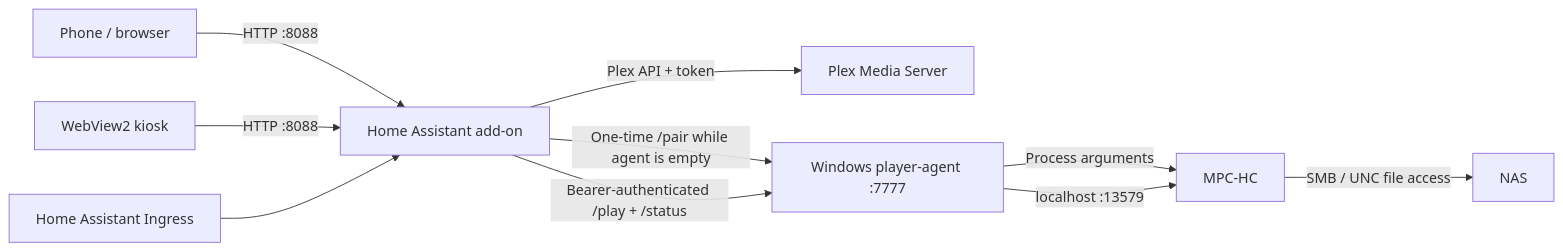
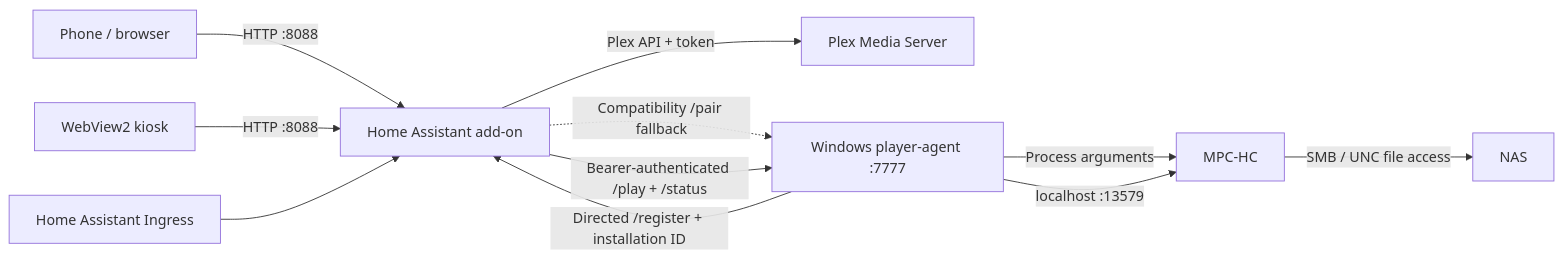
Before and after one commit to liwo-1/media-launcher: the diagram in ARCHITECTURE.md, drawn with Mermaid. The commit also changed other lines of this file and 23 other files, not shown here.

````diff
--- a/ARCHITECTURE.md
+++ b/ARCHITECTURE.md
@@ -6,12 +6,13 @@
 ```mermaid
 flowchart LR
     U[Phone / browser] -->|HTTP :8088| A[Home Assistant add-on]
     W[WebView2 kiosk] -->|HTTP :8088| A
     H[Home Assistant Ingress] --> A
     A -->|Plex API + token| P[Plex Media Server]
-    A -->|One-time /pair while agent is empty| G
+    G -->|Directed /register + installation ID| A
+    A -.->|Compatibility /pair fallback| G
     A -->|Bearer-authenticated /play + /status| G[Windows player-agent :7777]
     G -->|Process arguments| M[MPC-HC]
     M -->|SMB / UNC file access| N[NAS]
     G -->|localhost :13579| M
 ```
````
